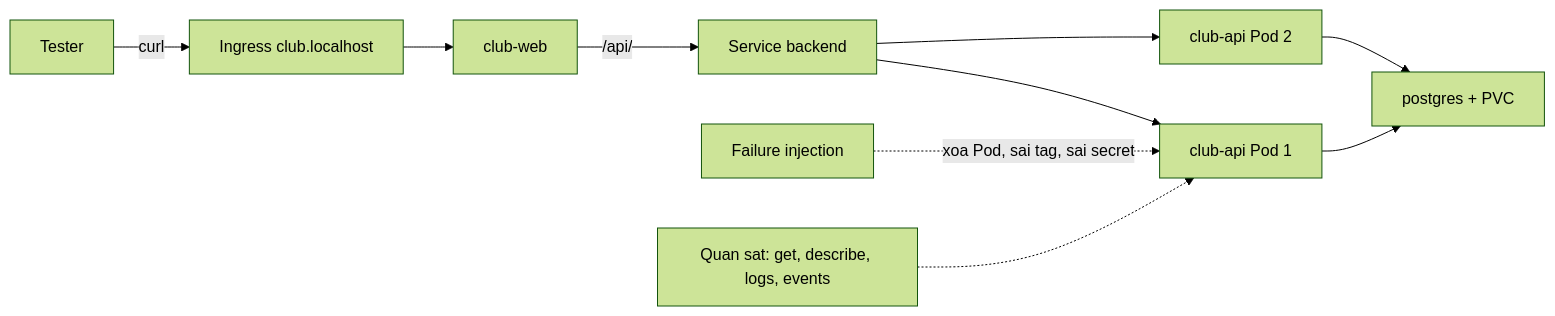
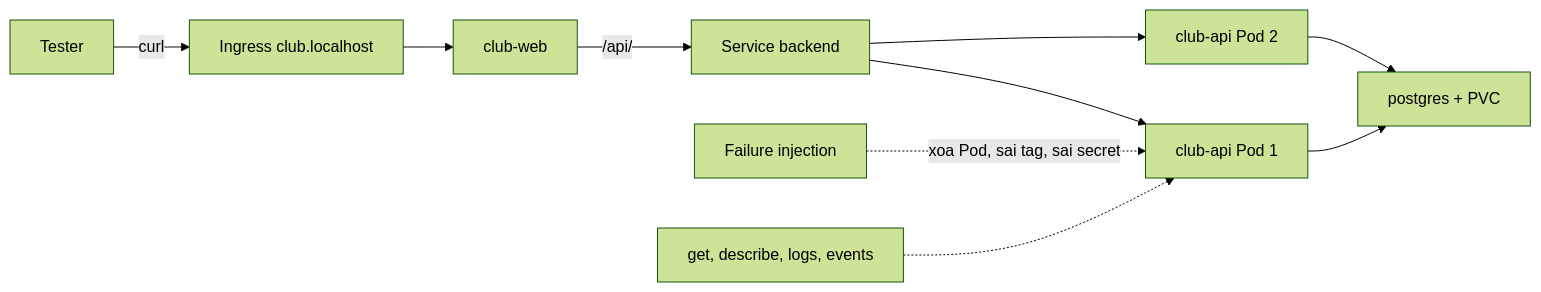
One commit to TienNHM/devops-course changed the diagram in labs/week-16/session-31.md. Above: the diagram before and after it, drawn with Mermaid (forest theme). The commit also changed other lines of this file and 266 other files, not shown here.

````diff
--- a/labs/week-16/session-31.md
+++ b/labs/week-16/session-31.md
@@ -95,12 +50,12 @@
 ```mermaid
 flowchart LR
     T["Tester"] -->|"curl"| ING["Ingress club.localhost"]
     ING --> WEB["club-web"]
     WEB -->|"/api/"| SVC["Service backend"]
     SVC --> P1["club-api Pod 1"]
     SVC --> P2["club-api Pod 2"]
     P1 --> PG["postgres + PVC"]
     P2 --> PG
     F["Failure injection"] -.->|"xoa Pod, sai tag, sai secret"| P1
-    O["Quan sat: get, describe, logs, events"] -.-> P1
+    O["get, describe, logs, events"] -.-> P1
 ```
````
